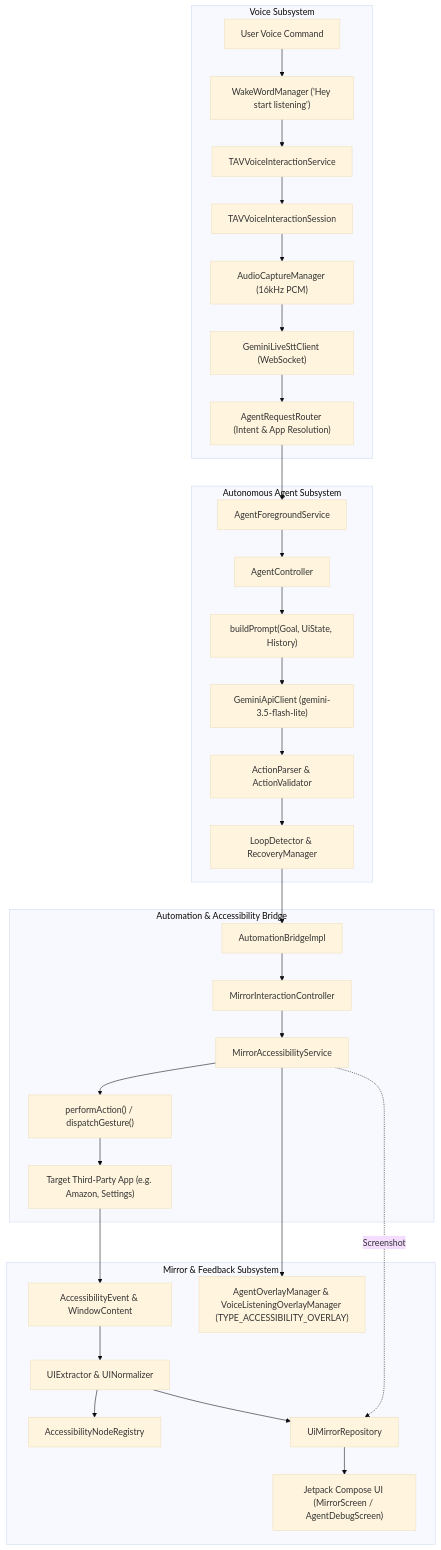
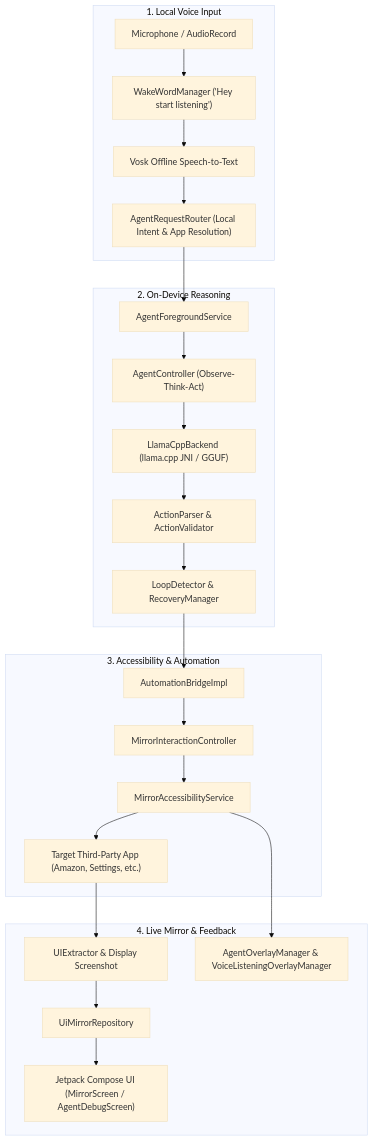
Before and after one commit to Shanukeshri/TAV: the first of 4 diagrams in README.md, drawn with Mermaid (base theme). The commit also changed other lines of this file, not shown here.

````diff
--- a/README.md
+++ b/README.md
@@ -58,38 +47,30 @@
 ```mermaid
 flowchart TD
-    subgraph VoiceInput [Voice Subsystem]
-        UserVoice["User Voice Command"] --> Hotword["WakeWordManager ('Hey start listening')"]
-        Hotword --> VService["TAVVoiceInteractionService"]
-        VService --> VSession["TAVVoiceInteractionSession"]
-        VSession --> AudioRec["AudioCaptureManager (16kHz PCM)"]
-        AudioRec --> GeminiLive["GeminiLiveSttClient (WebSocket)"]
-        GeminiLive --> Router["AgentRequestRouter (Intent & App Resolution)"]
+    subgraph LocalVoice [1. Local Voice Input]
+        Mic[Microphone / AudioRecord] --> Hotword["WakeWordManager ('Hey start listening')"]
+        Hotword --> Vosk["Vosk Offline Speech-to-Text"]
+        Vosk --> Router["AgentRequestRouter (Local Intent & App Resolution)"]
     end
 
-    subgraph AgentSystem [Autonomous Agent Subsystem]
-        Router --> FgService["AgentForegroundService"]
-        FgService --> Controller["AgentController"]
-        Controller --> Prompt["buildPrompt(Goal, UiState, History)"]
-        Prompt --> GeminiAPI["GeminiApiClient (gemini-3.5-flash-lite)"]
-        GeminiAPI --> Parser["ActionParser & ActionValidator"]
-        Parser --> Loop["LoopDetector & RecoveryManager"]
+    subgraph OnDeviceAI [2. On-Device Reasoning]
+        Router --> Service["AgentForegroundService"]
+        Service --> Controller["AgentController (Observe-Think-Act)"]
+        Controller --> Llama["LlamaCppBackend (llama.cpp JNI / GGUF)"]
+        Llama --> Validator["ActionParser & ActionValidator"]
+        Validator --> LoopCheck["LoopDetector & RecoveryManager"]
     end
 
-    subgraph AndroidBridge [Automation & Accessibility Bridge]
-        Loop --> Bridge["AutomationBridgeImpl"]
+    subgraph DeviceControl [3. Accessibility & Automation]
+        LoopCheck --> Bridge["AutomationBridgeImpl"]
         Bridge --> Interaction["MirrorInteractionController"]
-        Interaction --> AccService["MirrorAccessibilityService"]
-        AccService --> Gestures["performAction() / dispatchGesture()"]
-        Gestures --> TargetApp["Target Third-Party App (e.g. Amazon, Settings)"]
+        Interaction --> Acc["MirrorAccessibilityService"]
+        Acc --> TargetApp["Target Third-Party App (Amazon, Settings, etc.)"]
     end
 
-    subgraph MirrorSystem [Mirror & Feedback Subsystem]
-        TargetApp --> AccEvent["AccessibilityEvent & WindowContent"]
-        AccEvent --> Extractor["UIExtractor & UINormalizer"]
-        Extractor --> Registry["AccessibilityNodeRegistry"]
-        Extractor --> Repo["UiMirrorRepository"]
-        AccService -. Screenshot .-> Repo
-        Repo --> ComposeUI["Jetpack Compose UI (MirrorScreen / AgentDebugScreen)"]
-        AccService --> Overlays["AgentOverlayManager & VoiceListeningOverlayManager (TYPE_ACCESSIBILITY_OVERLAY)"]
+    subgraph MirrorFeedback [4. Live Mirror & Feedback]
+        TargetApp --> Snapshot["UIExtractor & Display Screenshot"]
+        Snapshot --> Repository["UiMirrorRepository"]
+        Repository --> UI["Jetpack Compose UI (MirrorScreen / AgentDebugScreen)"]
+        Acc --> Overlays["AgentOverlayManager & VoiceListeningOverlayManager"]
     end
 ```
````
